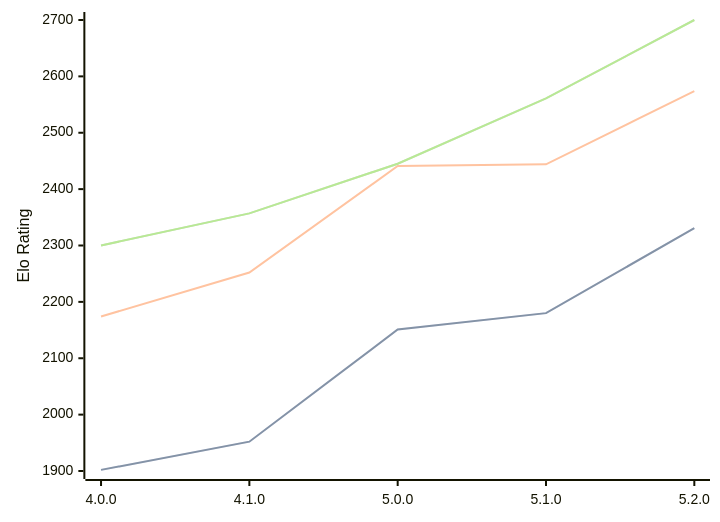
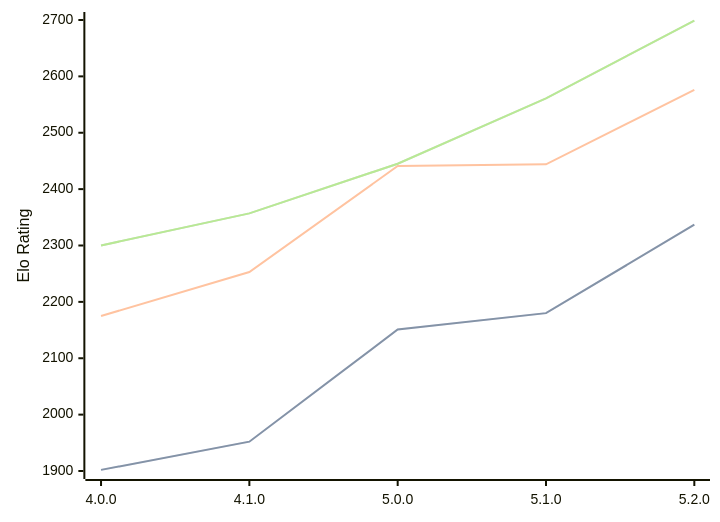
One commit to computer-chess-index/cci changed the first of 3 diagrams in engines/Aconcagua.md. Above: the diagram before and after it, drawn with Mermaid. The commit also changed other lines of this file, not shown here.

Commit message:
Update CCI Ratings (ELO VLTC) - 2026-07-14

````diff
--- a/engines/Aconcagua.md
+++ b/engines/Aconcagua.md
@@ -44,11 +44,11 @@
 ```mermaid
 %%{init: {"theme":"base","themeVariables":{"seriesColors:['#a3a3a3','#222221','#faa371']}}}%%
 xychart-beta
   x-axis ["4.0.0", "4.1.0", "5.0.0", "5.1.0", "5.2.0"]
   y-axis "Elo Rating" 1900 --> 2700
-  line "STC (8.0+0.08s)" [1902, 1952, 2151, 2180, 2331]
-  line "STC (8.0+0.08s)" [1902, 1952, 2151, 2180, 2331]
-  line "LTC (60.0+0.60s)" [2174, 2252, 2441, 2444, 2574]
-  line "VLTC (2m24s+1.12s)" [2300, 2357, 2445, 2561, 2700]
-  line "VLTC (2m24s+1.12s)" [2300, 2357, 2445, 2561, 2700]
+  line "STC (8.0+0.08s)" [1902, 1952, 2151, 2180, 2337]
+  line "STC (8.0+0.08s)" [1902, 1952, 2151, 2180, 2337]
+  line "LTC (60.0+0.60s)" [2175, 2253, 2441, 2444, 2576]
+  line "VLTC (2m24s+1.12s)" [2300, 2357, 2445, 2561, 2699]
+  line "VLTC (2m24s+1.12s)" [2300, 2357, 2445, 2561, 2699]
 ```
````
